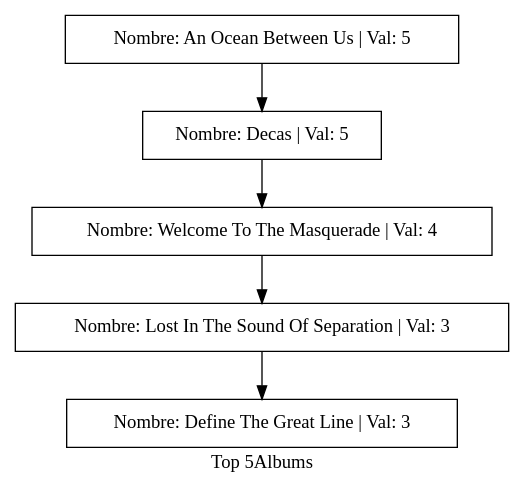
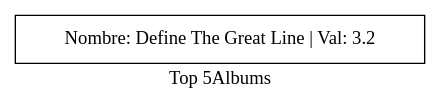
Before and after one commit to ricardcutzh/EDD_Junio: the diagram in Practicas/build-Practica1_Biblioteca_Musica-Desktop_Qt_5_9_0_MinGW_32bit-Debug/topAlbums.dot, drawn with Graphviz. The commit also changed 17 other files, not shown here.

```diff
--- a/Practicas/build-Practica1_Biblioteca_Musica-Desktop_Qt_5_9_0_MinGW_32bit-Debug/topAlbums.dot
+++ b/Practicas/build-Practica1_Biblioteca_Musica-Desktop_Qt_5_9_0_MinGW_32bit-Debug/topAlbums.dot
@@ -1,9 +1,5 @@
 digraph top{
 node [shape=box];
 label="Top 5Albums";
-"Nombre: An Ocean Between Us | Val: 5"->"Nombre: Decas | Val: 5";
-"Nombre: Decas | Val: 5"->"Nombre: Welcome To The Masquerade | Val: 4";
-"Nombre: Welcome To The Masquerade | Val: 4"->"Nombre: Lost In The Sound Of Separation | Val: 3";
-"Nombre: Lost In The Sound Of Separation | Val: 3"->"Nombre: Define The Great Line | Val: 3";
-"Nombre: Define The Great Line | Val: 3";
+"Nombre: Define The Great Line | Val: 3.2";
 }
```
